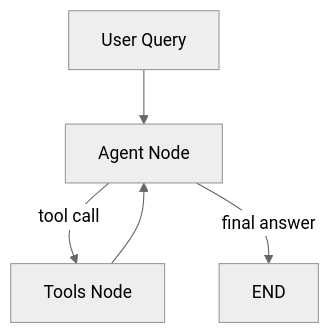
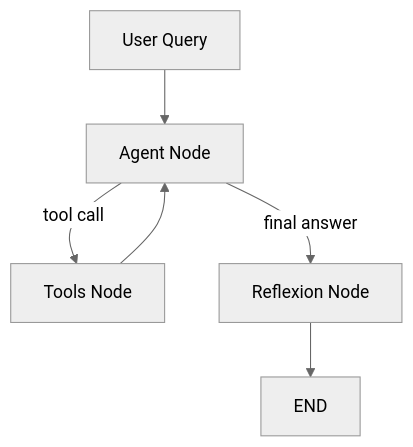
One commit to kianlee-dev/financial-document-intelligence changed the diagram in design_decisions.md. Above: the diagram before and after it, drawn with Mermaid (neutral theme). The commit also changed other lines of this file and 1 other file, not shown here.

Commit message:
docs: update design decisions and README with reflexion node

````diff
--- a/design_decisions.md
+++ b/design_decisions.md
@@ -230,7 +228,8 @@
 ```mermaid
 graph TD
     A[User Query] --> B[Agent Node]
     B -->|tool call| C[Tools Node]
     C --> B
-    B -->|final answer| D[END]
+    B -->|final answer| D[Reflexion Node]
+    D --> E[END]
 ```
````
